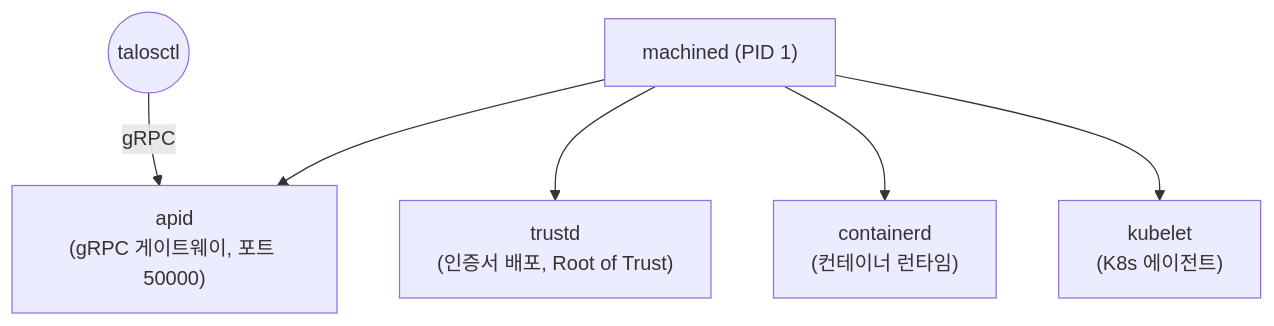
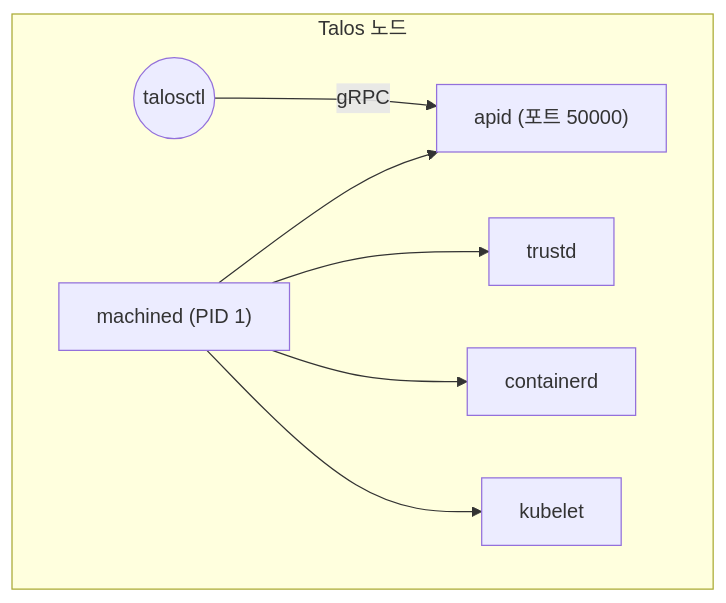
The third of 3 diagrams in content/linux/distro-basics/immutable-os.md (moonblueblue/devops-wiki), drawn with Mermaid before and after one commit. The commit also changed other lines of this file, not shown here.

````diff
--- a/content/linux/distro-basics/immutable-os.md
+++ b/content/linux/distro-basics/immutable-os.md
@@ -209,9 +207,11 @@
 ```mermaid
 graph TD
-    M["machined (PID 1)"]
-    M --> AP["apid\n(gRPC 게이트웨이, 포트 50000)"]
-    M --> TR["trustd\n(인증서 배포, Root of Trust)"]
-    M --> CT["containerd\n(컨테이너 런타임)"]
-    M --> KB["kubelet\n(K8s 에이전트)"]
-    TC((talosctl)) -->|"gRPC"| AP
+    subgraph talos["Talos 노드"]
+        M["machined (PID 1)"]
+        M --> AP["apid (포트 50000)"]
+        M --> TR["trustd"]
+        M --> CT["containerd"]
+        M --> KB["kubelet"]
+        TC((talosctl)) -->|"gRPC"| AP
+    end
 ```
````
